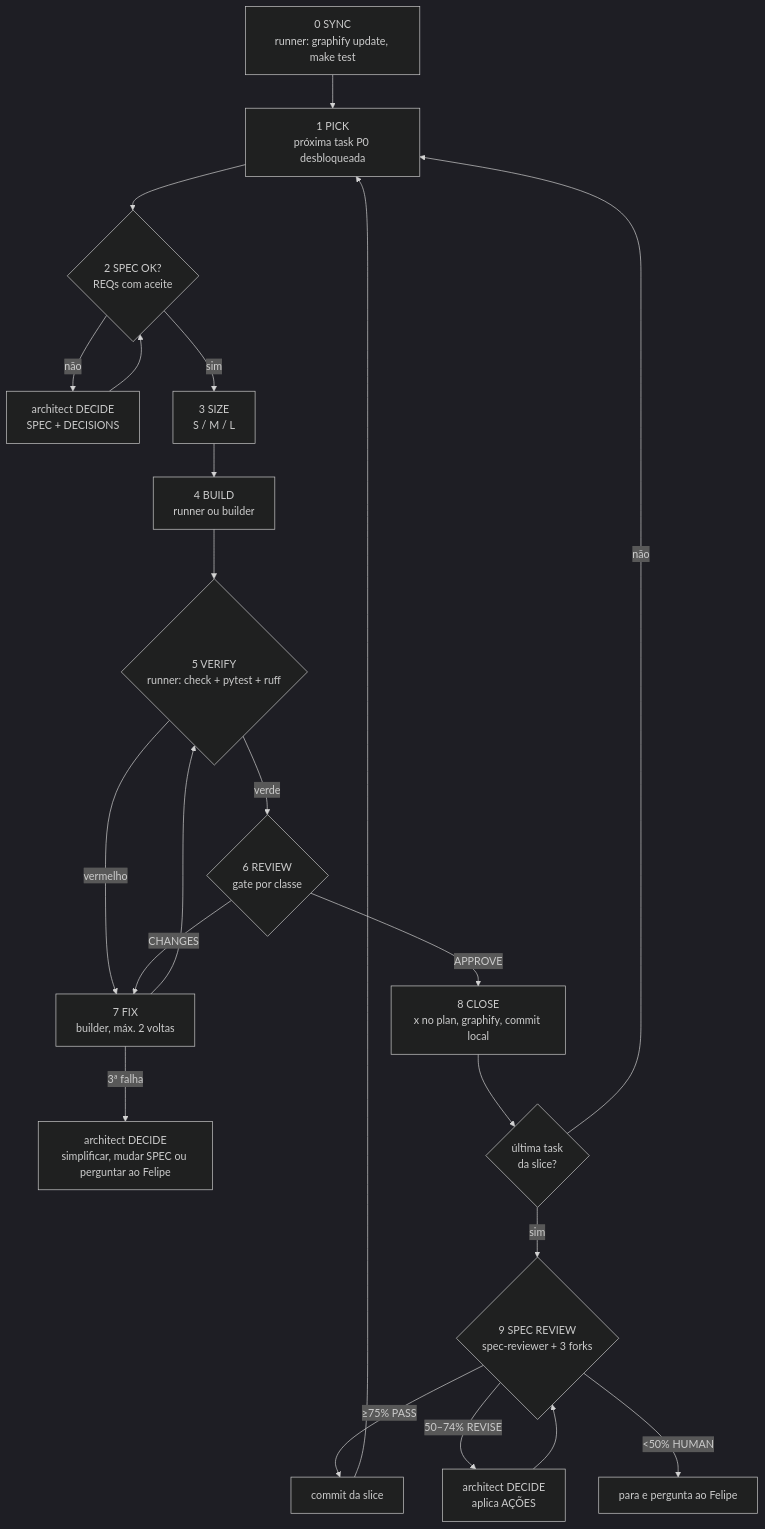
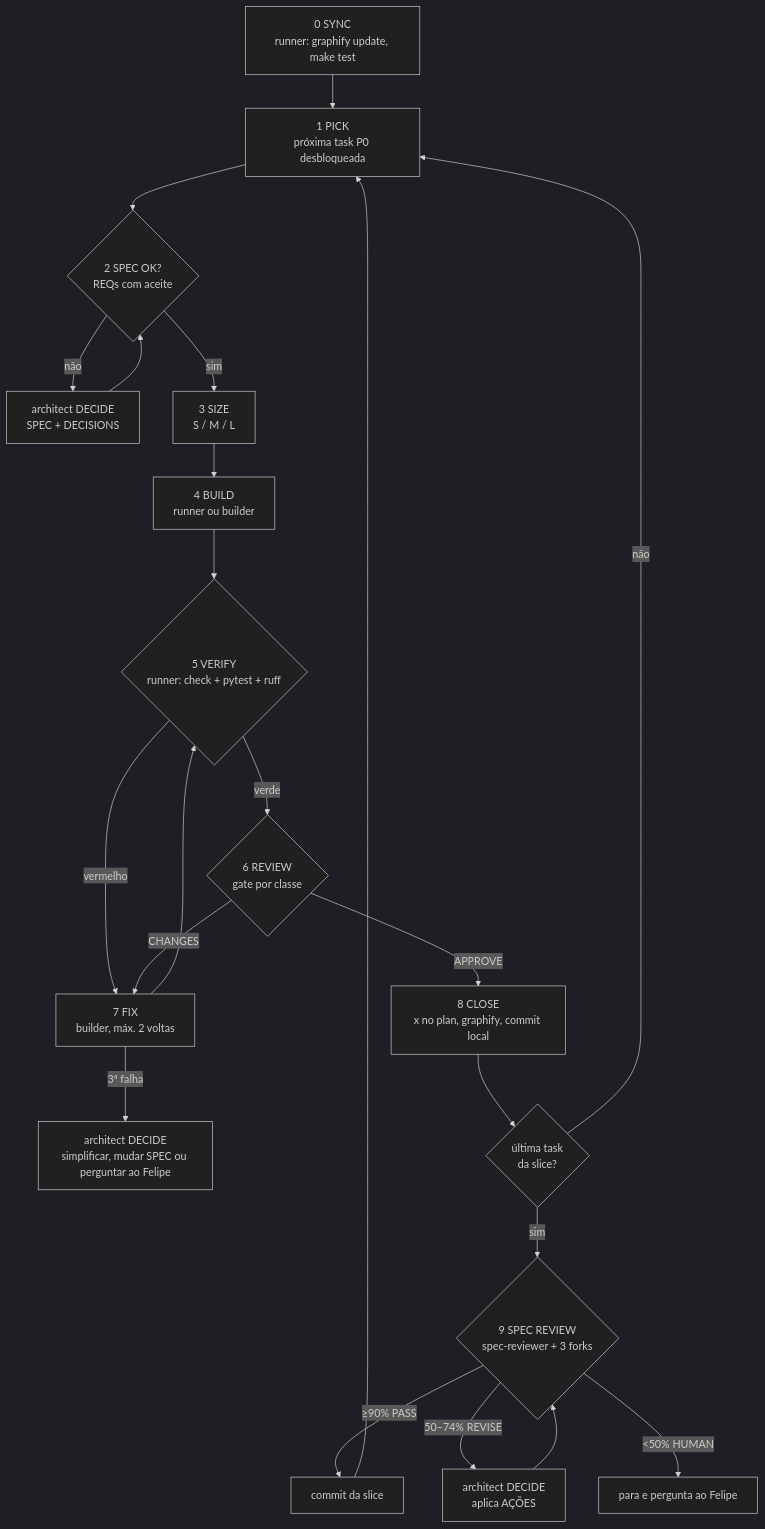
One commit to Felipebc2/TalentVisor changed the diagram in docs/process/agent-loop.md. Above: the diagram before and after it, drawn with Mermaid (dark theme). The commit also changed other lines of this file and 23 other files, not shown here.

````diff
--- a/docs/process/agent-loop.md
+++ b/docs/process/agent-loop.md
@@ -42,21 +42,21 @@
 ```mermaid
 flowchart TD
   S0[0 SYNC<br/>runner: graphify update, make test] --> S1[1 PICK<br/>próxima task P0 desbloqueada]
   S1 --> S2{2 SPEC OK?<br/>REQs com aceite}
   S2 -- não --> D[architect DECIDE<br/>SPEC + DECISIONS] --> S2
   S2 -- sim --> S3[3 SIZE<br/>S / M / L]
   S3 --> S4[4 BUILD<br/>runner ou builder]
   S4 --> S5{5 VERIFY<br/>runner: check + pytest + ruff}
   S5 -- vermelho --> S7
   S5 -- verde --> S6{6 REVIEW<br/>gate por classe}
   S6 -- APPROVE --> S8[8 CLOSE<br/>x no plan, graphify, commit local]
   S6 -- CHANGES --> S7[7 FIX<br/>builder, máx. 2 voltas]
   S7 --> S5
   S7 -- 3ª falha --> E[architect DECIDE<br/>simplificar, mudar SPEC ou perguntar ao Felipe]
   S8 --> L{última task<br/>da slice?}
   L -- não --> S1
   L -- sim --> R{9 SPEC REVIEW<br/>spec-reviewer + 3 forks}
-  R -- "≥75% PASS" --> C[commit da slice] --> S1
+  R -- "≥90% PASS" --> C[commit da slice] --> S1
   R -- "50–74% REVISE" --> A[architect DECIDE<br/>aplica AÇÕES] --> R
   R -- "<50% HUMAN" --> H[para e pergunta ao Felipe]
 ```
````
